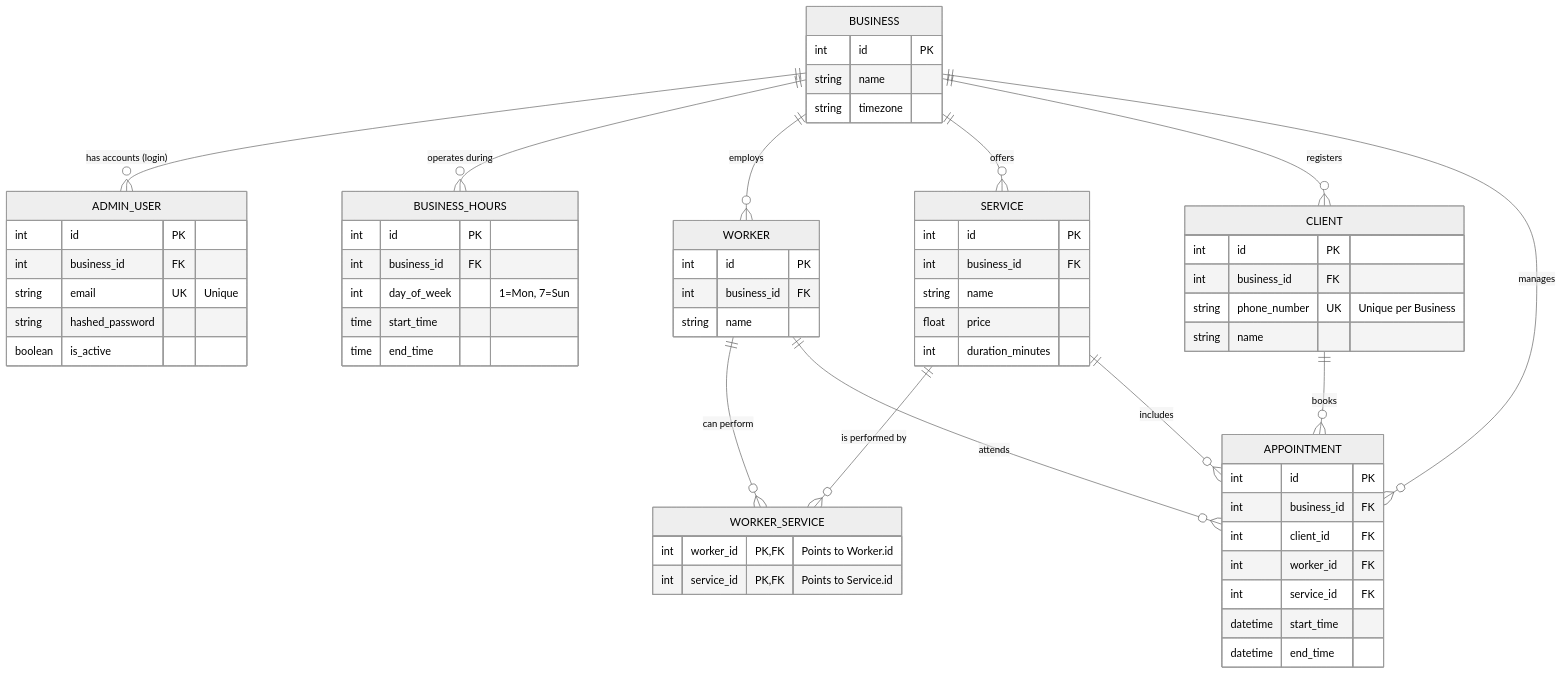
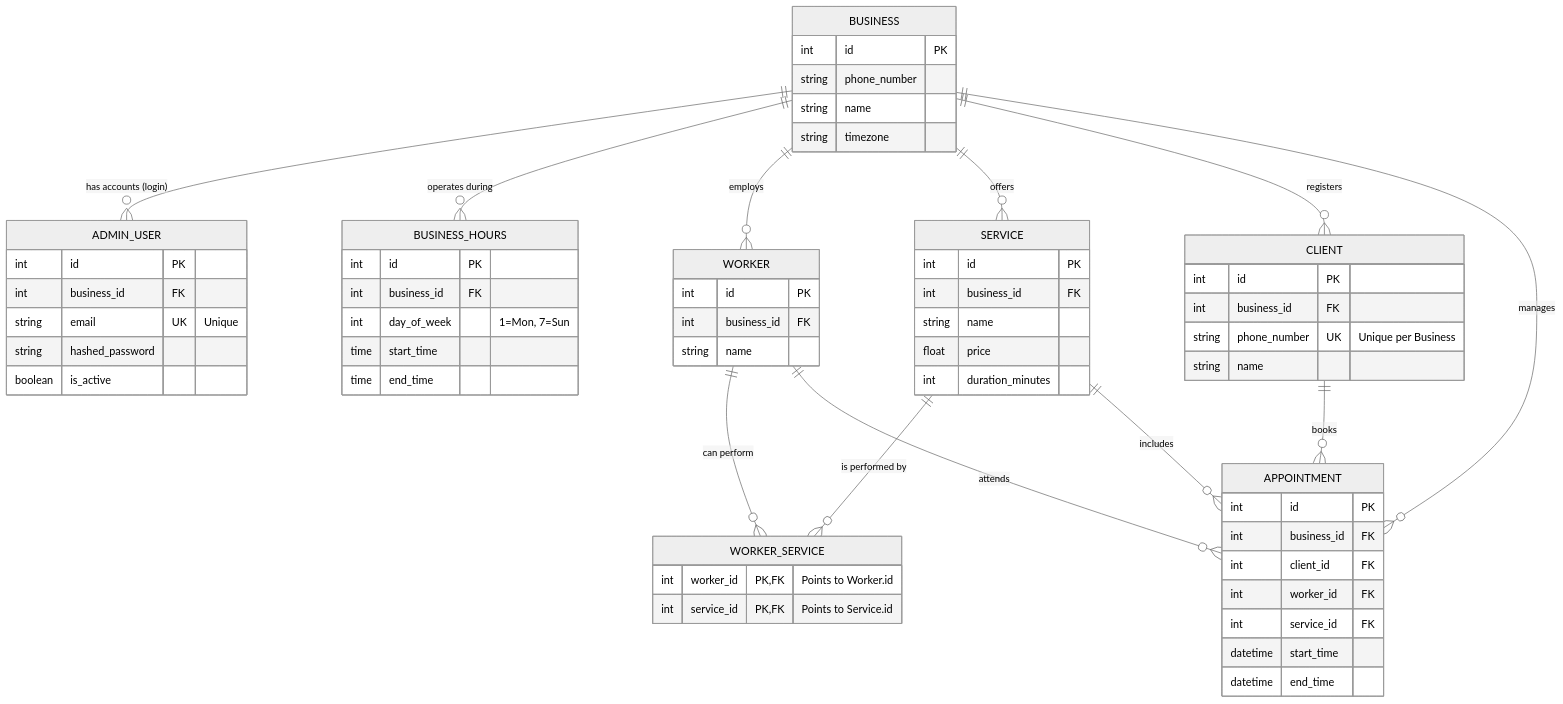
One commit to javiperezdev/assistantfy-showcase changed the diagram in README.md. Above: the diagram before and after it, drawn with Mermaid (neutral theme).

Commit message:
Added phone number, to business table

````diff
--- a/README.md
+++ b/README.md
@@ -24,81 +24,82 @@
 ``` mermaid
 erDiagram
     %% CORE TENANT & AUTHENTICATION
     BUSINESS {
         int id PK
+        string phone_number
         string name
         string timezone
     }
 
     ADMIN_USER {
         int id PK
         int business_id FK
         string email UK "Unique"
         string hashed_password
         boolean is_active
     }
 
     BUSINESS_HOURS {
         int id PK
         int business_id FK
         int day_of_week "1=Mon, 7=Sun"
         time start_time
         time end_time
     }
 
     %% RESOURCES & SKILLS
     WORKER {
         int id PK
         int business_id FK
         string name
     }
 
     SERVICE {
         int id PK
         int business_id FK
         string name 
         float price 
         int duration_minutes 
     }
 
     WORKER_SERVICE {
         int worker_id PK,FK "Points to Worker.id"
         int service_id PK,FK "Points to Service.id"
     }
 
     %% CUSTOMERS
     CLIENT {
         int id PK
         int business_id FK
         string phone_number UK "Unique per Business"
         string name
     }
     
     %% TRANSACTIONS 
     APPOINTMENT {
         int id PK
         int business_id FK
         int client_id FK
         int worker_id FK
         int service_id FK
         datetime start_time 
         datetime end_time
     }
 
     %% RELATIONSHIPS
     BUSINESS ||--o{ ADMIN_USER : "has accounts (login)"
     BUSINESS ||--o{ BUSINESS_HOURS : "operates during"
     BUSINESS ||--o{ WORKER : "employs"
     BUSINESS ||--o{ SERVICE : "offers"
     BUSINESS ||--o{ CLIENT : "registers"
     BUSINESS ||--o{ APPOINTMENT : "manages"
     
     %% MANY-TO-MANY RESOLUTION
     WORKER ||--o{ WORKER_SERVICE : "can perform"
     SERVICE ||--o{ WORKER_SERVICE : "is performed by"
 
     %% APPOINTMENT RELATIONSHIPS
     CLIENT ||--o{ APPOINTMENT : "books"
     WORKER ||--o{ APPOINTMENT : "attends"
     SERVICE ||--o{ APPOINTMENT : "includes"
 ```
````
